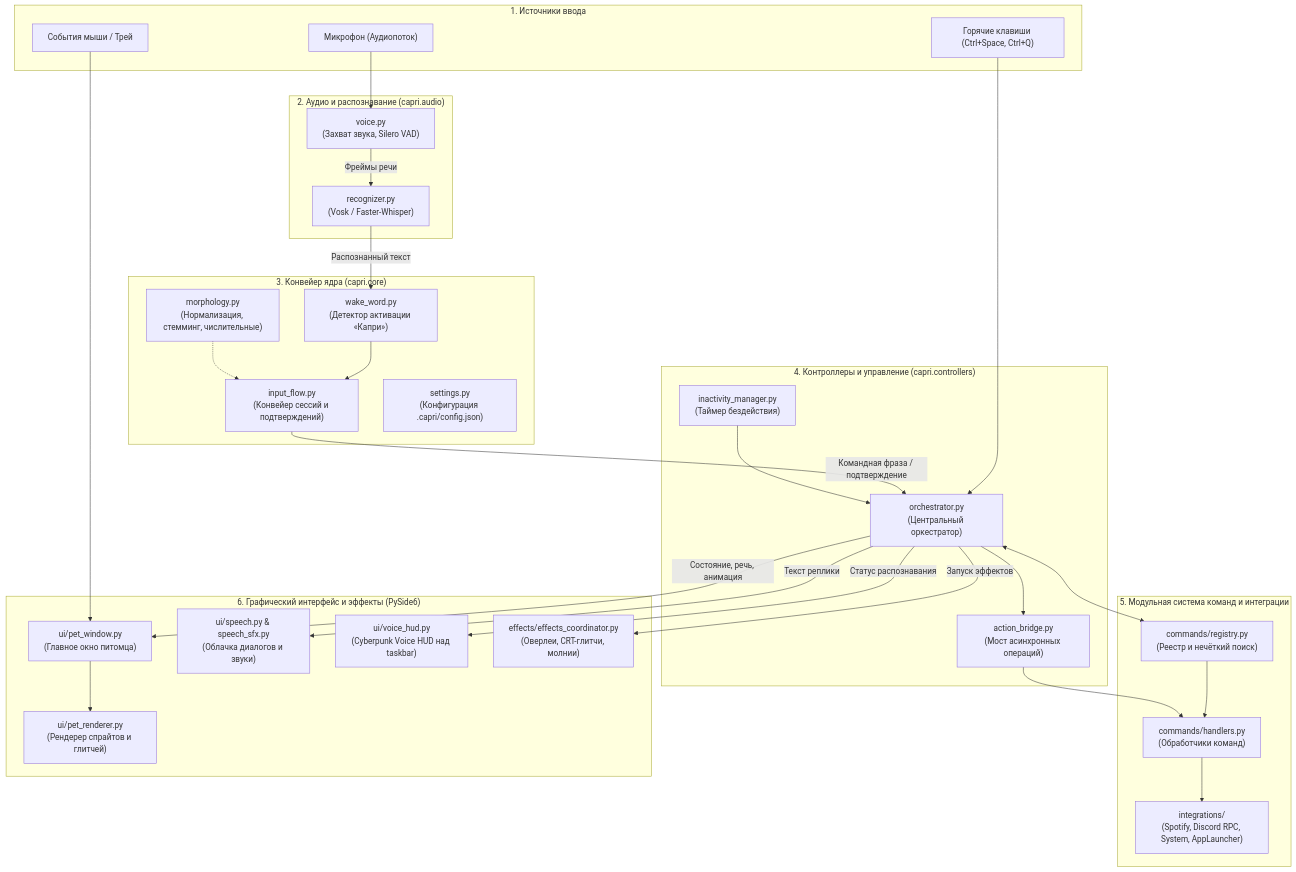
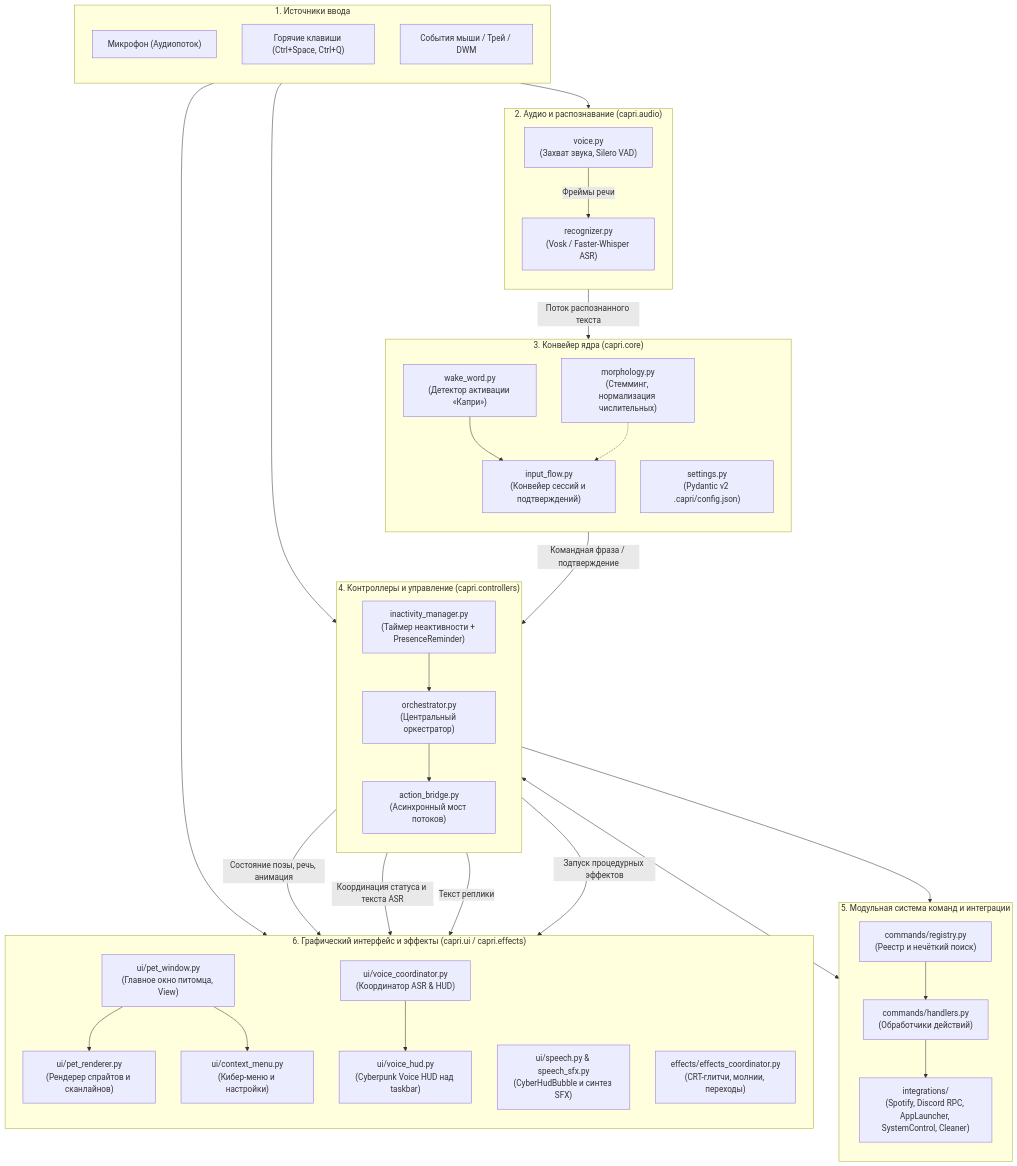
One commit to xTerionsilker/CapriPet-Python changed the first of 2 diagrams in docs/architecture.md. Above: the diagram before and after it, drawn with Mermaid. The commit also changed 2 other files, not shown here.

Commit message:
docs: update architecture diagram and project structure index

````diff
--- a/docs/architecture.md
+++ b/docs/architecture.md
@@ -10,24 +10,27 @@
 flowchart TB
     %% Входные сигналы
     subgraph Inputs["1. Источники ввода"]
+        direction TB
         Mic["Микрофон (Аудиопоток)"]
         Hotkeys["Горячие клавиши (Ctrl+Space, Ctrl+Q)"]
-        Mouse["События мыши / Трей"]
+        Mouse["События мыши / Трей / DWM"]
     end
 
     %% Аудио подсистема
     subgraph AudioSubsystem["2. Аудио и распознавание (capri.audio)"]
+        direction TB
         Voice["voice.py<br/>(Захват звука, Silero VAD)"]
-        ASR["recognizer.py<br/>(Vosk / Faster-Whisper)"]
+        ASR["recognizer.py<br/>(Vosk / Faster-Whisper ASR)"]
         Voice -->|Фреймы речи| ASR
     end
 
     %% Ядро обработки
     subgraph CoreSubsystem["3. Конвейер ядра (capri.core)"]
+        direction TB
         WakeWord["wake_word.py<br/>(Детектор активации «Капри»)"]
         InputFlow["input_flow.py<br/>(Конвейер сессий и подтверждений)"]
-        Morphology["morphology.py<br/>(Нормализация, стемминг, числительные)"]
-        Settings["settings.py<br/>(Конфигурация .capri/config.json)"]
+        Morphology["morphology.py<br/>(Стемминг, нормализация числительных)"]
+        Settings["settings.py<br/>(Pydantic v2 .capri/config.json)"]
 
         WakeWord --> InputFlow
         Morphology -.-> InputFlow
@@ -35,38 +38,45 @@
 
     %% Контроллеры и оркестрация
     subgraph Controllers["4. Контроллеры и управление (capri.controllers)"]
+        direction TB
         Orchestrator["orchestrator.py<br/>(Центральный оркестратор)"]
-        Inactivity["inactivity_manager.py<br/>(Таймер бездействия)"]
-        ActionBridge["action_bridge.py<br/>(Мост асинхронных операций)"]
+        Inactivity["inactivity_manager.py<br/>(Таймер неактивности + PresenceReminder)"]
+        ActionBridge["action_bridge.py<br/>(Асинхронный мост потоков)"]
     end
 
     %% Команды и интеграции
     subgraph CommandsSubsystem["5. Модульная система команд и интеграции"]
+        direction TB
         Registry["commands/registry.py<br/>(Реестр и нечёткий поиск)"]
-        Handlers["commands/handlers.py<br/>(Обработчики команд)"]
-        Integrations["integrations/<br/>(Spotify, Discord RPC, System, AppLauncher)"]
+        Handlers["commands/handlers.py<br/>(Обработчики действий)"]
+        Integrations["integrations/<br/>(Spotify, Discord RPC, AppLauncher, SystemControl, Cleaner)"]
 
         Registry --> Handlers
         Handlers --> Integrations
     end
 
     %% UI и Визуальные эффекты
-    subgraph VisualPresentation["6. Графический интерфейс и эффекты (PySide6)"]
-        PetWindow["ui/pet_window.py<br/>(Главное окно питомца)"]
-        PetRenderer["ui/pet_renderer.py<br/>(Рендерер спрайтов и глитчей)"]
-        SpeechHUD["ui/speech.py & speech_sfx.py<br/>(Облачка диалогов и звуки)"]
+    subgraph VisualPresentation["6. Графический интерфейс и эффекты (capri.ui / capri.effects)"]
+        direction TB
+        PetWindow["ui/pet_window.py<br/>(Главное окно питомца, View)"]
+        PetRenderer["ui/pet_renderer.py<br/>(Рендерер спрайтов и сканлайнов)"]
+        ContextMenu["ui/context_menu.py<br/>(Кибер-меню и настройки)"]
+        VoiceCoord["ui/voice_coordinator.py<br/>(Координатор ASR & HUD)"]
         VoiceHUD["ui/voice_hud.py<br/>(Cyberpunk Voice HUD над taskbar)"]
-        Effects["effects/effects_coordinator.py<br/>(Оверлеи, CRT-глитчи, молнии)"]
+        SpeechHUD["ui/speech.py & speech_sfx.py<br/>(CyberHudBubble и синтез SFX)"]
+        Effects["effects/effects_coordinator.py<br/>(CRT-глитчи, молнии, переходы)"]
 
         PetWindow --> PetRenderer
+        PetWindow --> ContextMenu
+        VoiceCoord --> VoiceHUD
     end
 
-    %% Связи между подсистемами
+    %% Связи между уровнями
     Mic --> Voice
     Hotkeys --> Orchestrator
     Mouse --> PetWindow
 
-    ASR -->|Распознанный текст| WakeWord
+    ASR -->|Поток распознанного текста| WakeWord
     InputFlow -->|Командная фраза / подтверждение| Orchestrator
 
     Orchestrator <--> Registry
@@ -74,8 +84,8 @@
     ActionBridge --> Handlers
     Inactivity --> Orchestrator
 
-    Orchestrator -->|Состояние, речь, анимация| PetWindow
+    Orchestrator -->|Состояние позы, речь, анимация| PetWindow
+    Orchestrator -->|Координация статуса и текста ASR| VoiceCoord
     Orchestrator -->|Текст реплики| SpeechHUD
-    Orchestrator -->|Статус распознавания| VoiceHUD
-    Orchestrator -->|Запуск эффектов| Effects
+    Orchestrator -->|Запуск процедурных эффектов| Effects
 ```
````
